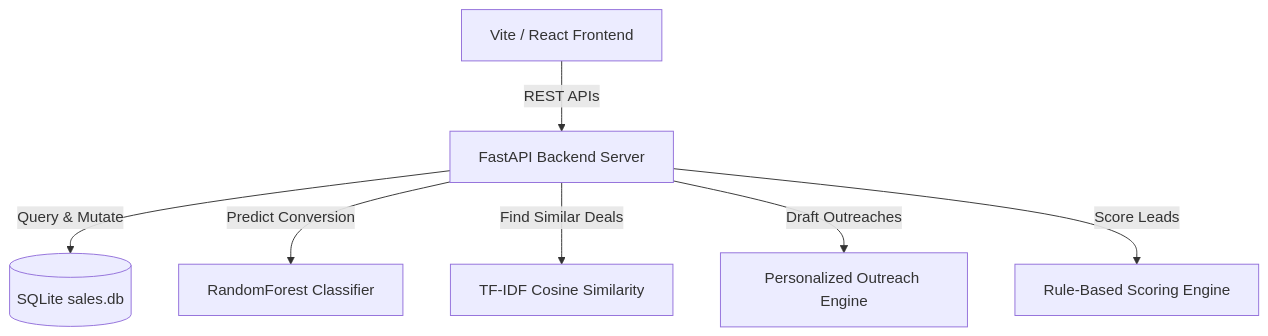
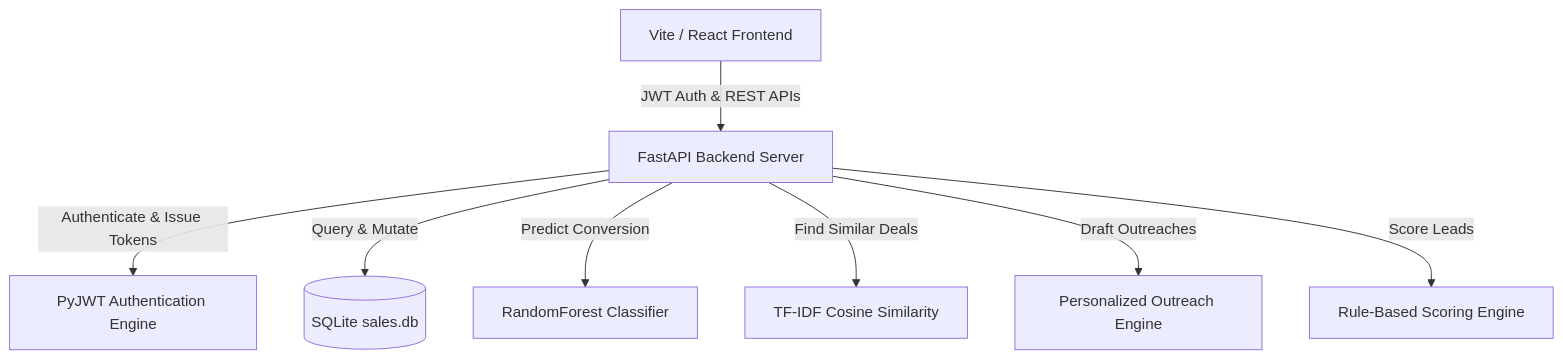
The diagram in README.md (shubh152205/AnimeGenie_ShubhamSharma), drawn with Mermaid before and after one commit. The commit also changed other lines of this file and 1 other file, not shown here.

Commit message:
Update README documentation with JWT Authentication architecture and UI screen location guide

````diff
--- a/README.md
+++ b/README.md
@@ -23,9 +24,10 @@
 ```mermaid
 graph TD
-    A[Vite / React Frontend] -->|REST APIs| B[FastAPI Backend Server]
+    A[Vite / React Frontend] -->|JWT Auth & REST APIs| B[FastAPI Backend Server]
+    B -->|Authenticate & Issue Tokens| H[PyJWT Authentication Engine]
     B -->|Query & Mutate| C[(SQLite sales.db)]
     B -->|Predict Conversion| D[RandomForest Classifier]
     B -->|Find Similar Deals| E[TF-IDF Cosine Similarity]
     B -->|Draft Outreaches| F[Personalized Outreach Engine]
     B -->|Score Leads| G[Rule-Based Scoring Engine]
 ```
````
